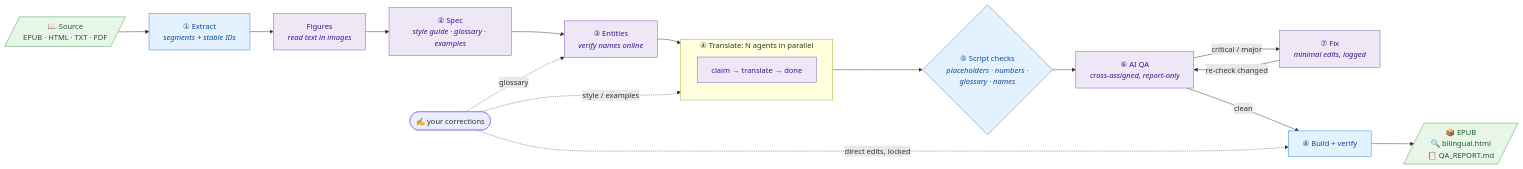
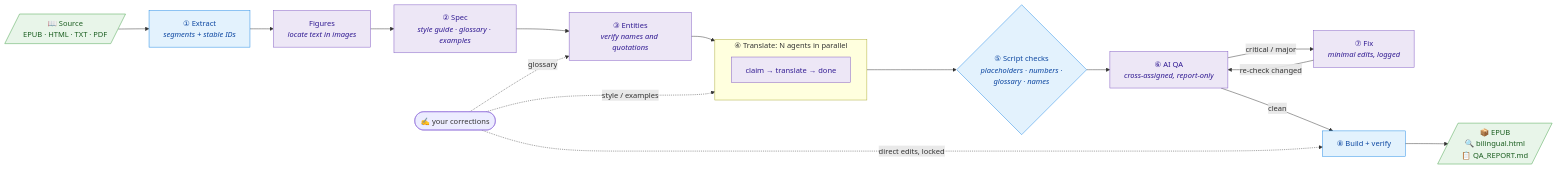
Before and after one commit to Mukosame/book-translation-harness: the diagram in README.md, drawn with Mermaid. The commit also changed other lines of this file and 22 other files, not shown here.

````diff
--- a/README.md
+++ b/README.md
@@ -47,31 +49,31 @@
 ```mermaid
 flowchart LR
     SRC[/"📖 Source<br/>EPUB · HTML · TXT · PDF"/] --> EX["① Extract<br/><i>segments + stable IDs</i>"]
-    EX --> FIG["Figures<br/><i>read text in images</i>"]
+    EX --> FIG["Figures<br/><i>locate text in images</i>"]
     FIG --> SPEC["② Spec<br/><i>style guide · glossary · examples</i>"]
-    SPEC --> ENT["③ Entities<br/><i>verify names online</i>"]
+    SPEC --> ENT["③ Entities<br/><i>verify names and quotations</i>"]
     ENT --> TR
 
     subgraph PAR ["④ Translate: N agents in parallel"]
         direction TB
         TR["claim → translate → done"]
     end
 
     TR --> CHK{"⑤ Script checks<br/><i>placeholders · numbers ·<br/>glossary · names</i>"}
     CHK --> QA["⑥ AI QA<br/><i>cross-assigned, report-only</i>"]
     QA -->|critical / major| FIX["⑦ Fix<br/><i>minimal edits, logged</i>"]
     FIX -->|re-check changed| QA
     QA -->|clean| BUILD["⑧ Build + verify"]
     BUILD --> OUT[/"📦 EPUB<br/>🔍 bilingual.html<br/>📋 QA_REPORT.md"/]
 
     H(["✍️ your corrections"]) -. glossary .-> ENT
     H -. style / examples .-> TR
     H -. direct edits, locked .-> BUILD
 
     classDef agent fill:#ede7f6,stroke:#7e57c2,color:#311b92
     classDef script fill:#e3f2fd,stroke:#1e88e5,color:#0d47a1
     classDef io fill:#e8f5e9,stroke:#43a047,color:#1b5e20
     class FIG,SPEC,ENT,TR,QA,FIX agent
     class EX,CHK,BUILD script
     class SRC,OUT io
 ```
````
